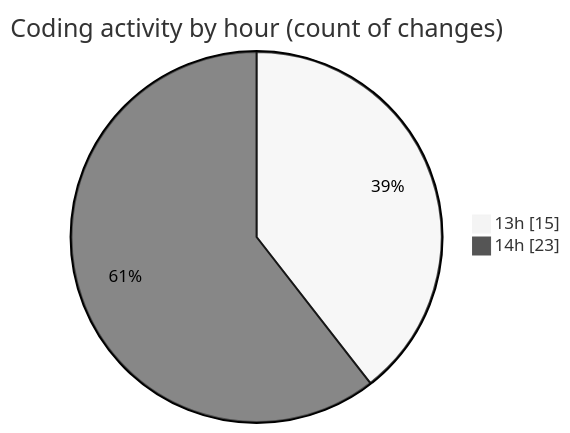
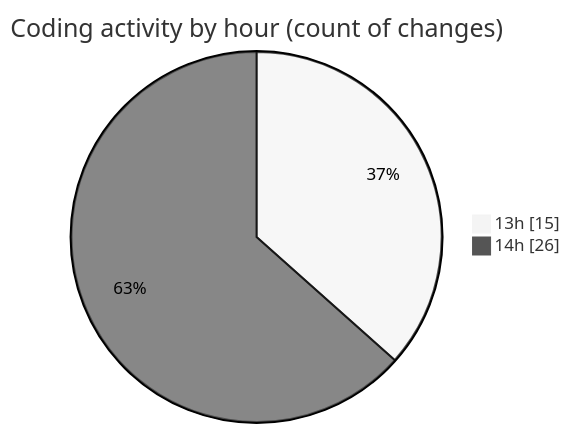
The second of 2 diagrams in 2025-05-15/bookingpodcas/README.md (idhammustaqopulfikri/code-tracking), drawn with Mermaid (neutral theme) before and after one commit. The commit also changed other lines of this file and 1 other file, not shown here.

````diff
--- a/2025-05-15/bookingpodcas/README.md
+++ b/2025-05-15/bookingpodcas/README.md
@@ -37,6 +38,6 @@
 ```mermaid
 pie showData
 title Coding activity by hour (count of changes)
 "13h" : 15
-"14h" : 23
+"14h" : 26
 ```
````
